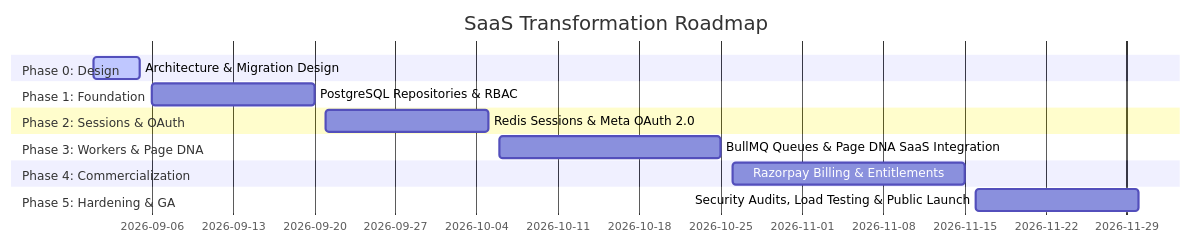
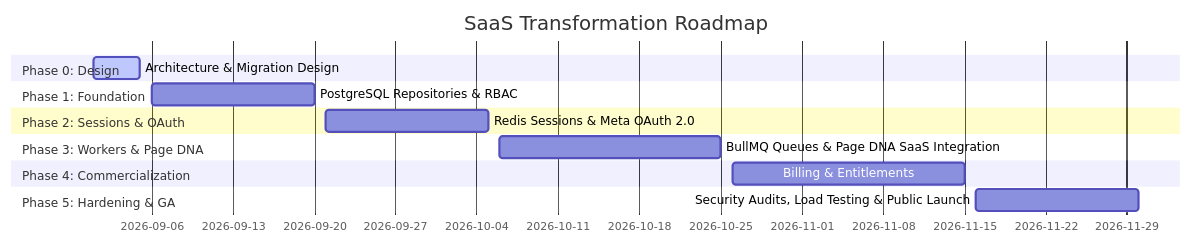
The fourth of 4 diagrams in docs/saas/production-readiness.md (imsusanta/facebook-auto-post), drawn with Mermaid before and after one commit. The commit also changed other lines of this file and 10 other files, not shown here.

Commit message:
docs(saas): correct tenant security and architecture assumptions

````diff
--- a/docs/saas/production-readiness.md
+++ b/docs/saas/production-readiness.md
@@ -115,17 +165,17 @@
 ```mermaid
 gantt
     title SaaS Transformation Roadmap
     dateFormat  YYYY-MM-DD
     section Phase 0: Design
     Architecture & Migration Design :active, p0, 2026-09-01, 2026-09-05
     section Phase 1: Foundation
     PostgreSQL Repositories & RBAC :p1, 2026-09-06, 2026-09-20
     section Phase 2: Sessions & OAuth
     Redis Sessions & Meta OAuth 2.0 :p2, 2026-09-21, 2026-10-05
     section Phase 3: Workers & Page DNA
     BullMQ Queues & Page DNA SaaS Integration :p3, 2026-10-06, 2026-10-25
     section Phase 4: Commercialization
-    Razorpay Billing & Entitlements :p4, 2026-10-26, 2026-11-15
+    Billing & Entitlements :p4, 2026-10-26, 2026-11-15
     section Phase 5: Hardening & GA
     Security Audits, Load Testing & Public Launch :p5, 2026-11-16, 2026-11-30
 ```
````
